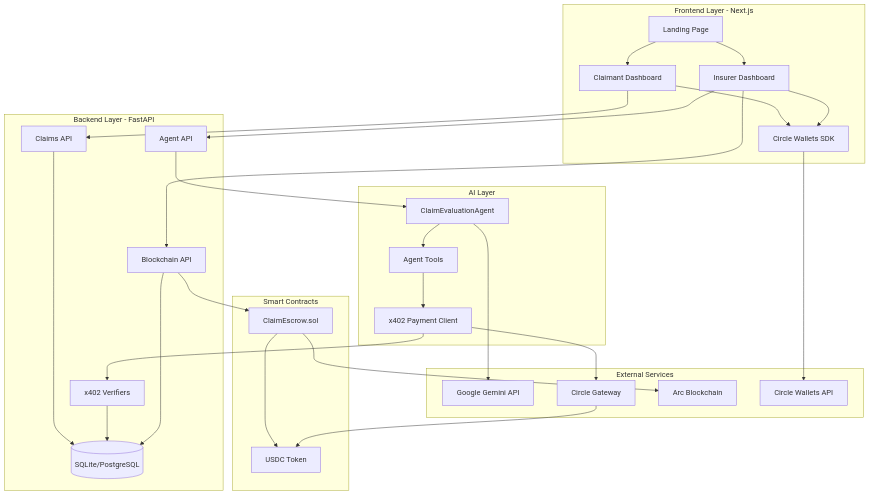
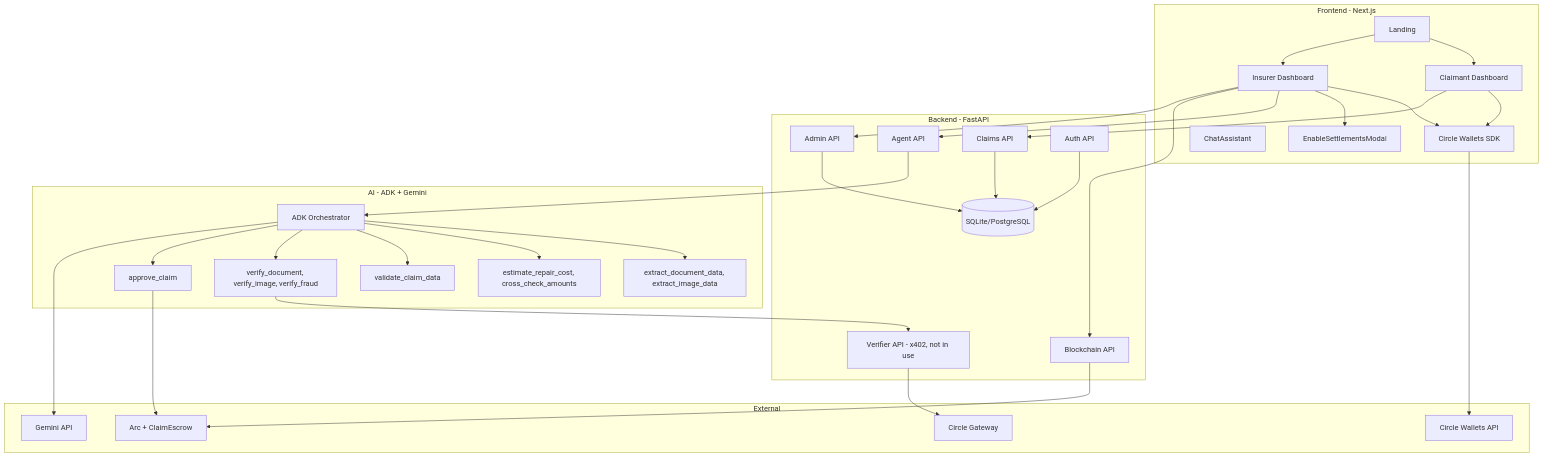
The first of 2 diagrams in docs/HLD.md (nevilshah235/claimledger), drawn with Mermaid before and after one commit. The commit also changed other lines of this file and 2 other files, not shown here.

````diff
--- a/docs/HLD.md
+++ b/docs/HLD.md
@@ -53,62 +53,63 @@
 ```mermaid
 graph TB
-    subgraph frontend [Frontend Layer - Next.js]
-        Landing[Landing Page]
+    subgraph frontend [Frontend - Next.js]
+        Landing[Landing]
         ClaimantUI[Claimant Dashboard]
         InsurerUI[Insurer Dashboard]
-        WalletConnect[Circle Wallets SDK]
+        EnableModal[EnableSettlementsModal]
+        Chat[ChatAssistant]
+        CircleSDK[Circle Wallets SDK]
     end
     
-    subgraph backend [Backend Layer - FastAPI]
+    subgraph backend [Backend - FastAPI]
         ClaimsAPI[Claims API]
         AgentAPI[Agent API]
-        VerifierAPI[x402 Verifiers]
+        VerifierAPI[Verifier API - x402, not in use]
         BlockchainAPI[Blockchain API]
-        Database[(SQLite/PostgreSQL)]
+        AdminAPI[Admin API]
+        AuthAPI[Auth API]
+        DB[(SQLite/PostgreSQL)]
     end
     
-    subgraph aiLayer [AI Layer]
-        Agent[ClaimEvaluationAgent]
-        Tools[Agent Tools]
-        X402Client[x402 Payment Client]
+    subgraph agent [AI - ADK + Gemini]
+        Orch[ADK Orchestrator]
+        Extract[extract_document_data, extract_image_data]
+        Cost[estimate_repair_cost, cross_check_amounts]
+        Valid[validate_claim_data]
+        Verify[verify_document, verify_image, verify_fraud]
+        Approve[approve_claim]
     end
     
-    subgraph external [External Services]
-        Gemini[Google Gemini API]
+    subgraph external [External]
+        Gemini[Gemini API]
         Gateway[Circle Gateway]
-        Arc[Arc Blockchain]
         CircleWallets[Circle Wallets API]
-    end
-    
-    subgraph blockchain [Smart Contracts]
-        Escrow[ClaimEscrow.sol]
-        USDC[USDC Token]
+        Arc[Arc + ClaimEscrow]
     end
     
     Landing --> ClaimantUI
     Landing --> InsurerUI
-    ClaimantUI --> WalletConnect
-    InsurerUI --> WalletConnect
+    ClaimantUI --> CircleSDK
+    InsurerUI --> CircleSDK
+    InsurerUI --> EnableModal
     
     ClaimantUI --> ClaimsAPI
     InsurerUI --> AgentAPI
     InsurerUI --> BlockchainAPI
-    
-    ClaimsAPI --> Database
-    AgentAPI --> Agent
-    VerifierAPI --> Database
-    BlockchainAPI --> Database
-    
-    Agent --> Tools
-    Agent --> Gemini
-    Tools --> X402Client
-    X402Client --> VerifierAPI
-    X402Client --> Gateway
-    
-    BlockchainAPI --> Escrow
-    Escrow --> USDC
-    WalletConnect --> CircleWallets
-    
-    Gateway --> USDC
-    Escrow --> Arc
+    InsurerUI --> AdminAPI
+    ClaimsAPI --> DB
+    AgentAPI --> Orch
+    Orch --> Extract
+    Orch --> Cost
+    Orch --> Valid
+    Orch --> Verify
+    Orch --> Approve
+    Orch --> Gemini
+    Verify --> VerifierAPI
+    VerifierAPI --> Gateway
+    Approve --> Arc
+    BlockchainAPI --> Arc
+    AdminAPI --> DB
+    AuthAPI --> DB
+    CircleSDK --> CircleWallets
 ```
````
